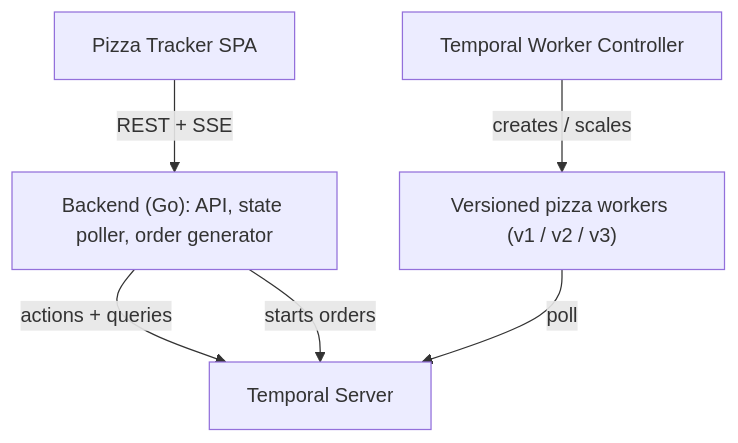
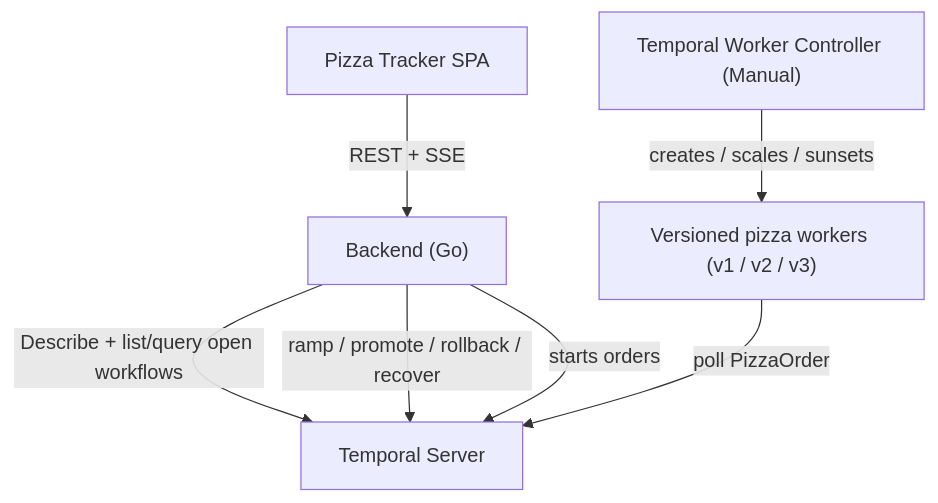
The diagram in README.md (temporal-sa/temporal-versioning-demo), drawn with Mermaid before and after one commit. The commit also changed other lines of this file, not shown here.

Commit message:
Document demo architecture, build/run/deploy and on-stage demo script

````diff
--- a/README.md
+++ b/README.md
@@ -96,9 +65,9 @@
 ```mermaid
 graph TD
     Browser["Pizza Tracker SPA"] -->|REST + SSE| Backend
-    Backend["Backend (Go): API, state poller, order generator"]
-    Backend -->|"actions + queries"| Temporal["Temporal Server"]
-    Backend -->|starts orders| Temporal
-    Controller["Temporal Worker Controller"] -->|creates / scales| Workers
-    Workers["Versioned pizza workers (v1 / v2 / v3)"] -->|poll| Temporal
+    Backend["Backend (Go)"] -->|"Describe + list/query open workflows"| Temporal
+    Backend -->|"ramp / promote / rollback / recover"| Temporal
+    Backend -->|starts orders| Temporal["Temporal Server"]
+    Controller["Temporal Worker Controller (Manual)"] -->|creates / scales / sunsets| Workers
+    Workers["Versioned pizza workers (v1 / v2 / v3)"] -->|poll PizzaOrder| Temporal
 ```
````
